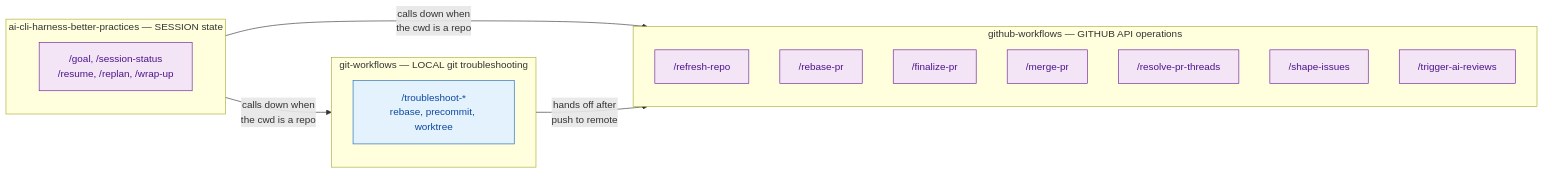
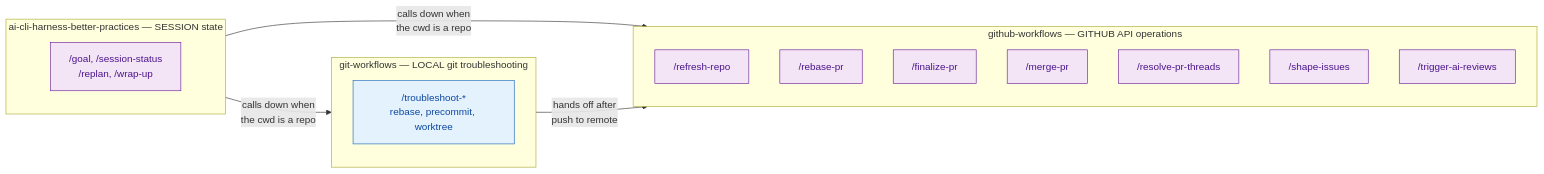
One commit to dryvist/claude-code-plugins changed the second of 2 diagrams in git-workflows/ARCHITECTURE.md. Above: the diagram before and after it, drawn with Mermaid. The commit also changed other lines of this file and 9 other files, not shown here.

````diff
--- a/git-workflows/ARCHITECTURE.md
+++ b/git-workflows/ARCHITECTURE.md
@@ -43,30 +43,30 @@
 ```mermaid
 flowchart LR
     classDef ai fill:#e3f2fd,stroke:#1565c0,color:#0d47a1
     classDef external fill:#f3e5f5,stroke:#6a1b9a,color:#4a148c
 
     subgraph harness["ai-cli-harness-better-practices — SESSION state"]
         direction TB
-        cont["/goal, /session-status\n/resume, /replan, /wrap-up"]:::external
+        cont["/goal, /session-status\n/replan, /wrap-up"]:::external
     end
 
     subgraph local["git-workflows — LOCAL git troubleshooting"]
         direction TB
         ts["/troubleshoot-*\nrebase, precommit, worktree"]:::ai
     end
 
     subgraph remote["github-workflows — GITHUB API operations"]
         direction TB
         refresh_repo["/refresh-repo"]:::external
         rebase_pr["/rebase-pr"]:::external
         finalize_pr["/finalize-pr"]:::external
         merge_pr["/merge-pr"]:::external
         resolve_threads["/resolve-pr-threads"]:::external
         shape_issues["/shape-issues"]:::external
         trigger_reviews["/trigger-ai-reviews"]:::external
     end
 
     harness -- "calls down when\nthe cwd is a repo" --> local
     harness -- "calls down when\nthe cwd is a repo" --> remote
     local -- "hands off after\npush to remote" --> remote
 ```
````
